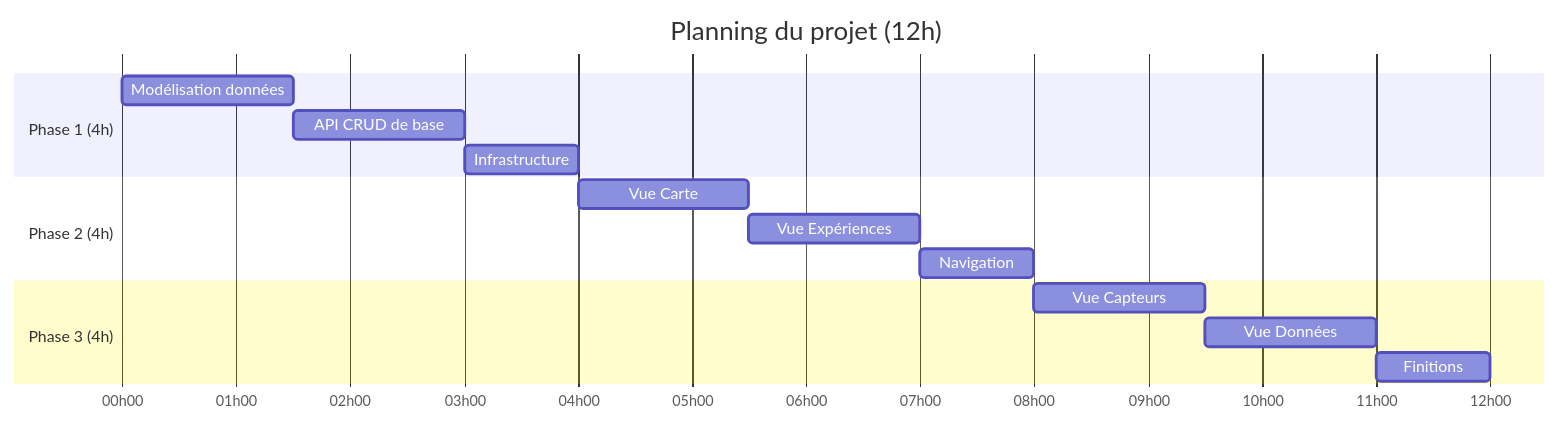
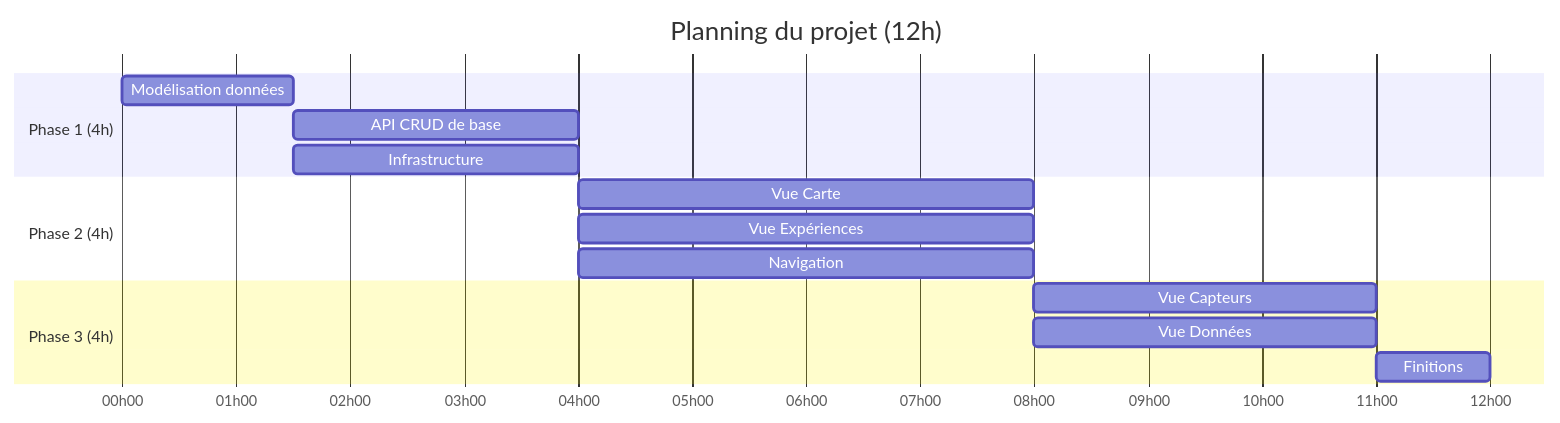
One commit to IUTInfoAix-R510/tp4 changed the first of 2 diagrams in README.md. Above: the diagram before and after it, drawn with Mermaid. The commit also changed other lines of this file and 13 other files, not shown here.

````diff
--- a/README.md
+++ b/README.md
@@ -168,21 +156,21 @@
 ```mermaid
 gantt
     title Planning du projet (12h)
     dateFormat HH:mm
     axisFormat %Hh%M
 
     section Phase 1 (4h)
     Modélisation données     :p1a, 00:00, 90m
-    API CRUD de base         :p1b, after p1a, 90m
-    Infrastructure           :p1c, after p1b, 60m
+    API CRUD de base         :p1b, after p1a, 150m
+    Infrastructure           :p1c, after p1a, 150m
 
     section Phase 2 (4h)
-    Vue Carte               :p2a, after p1c, 90m
-    Vue Expériences         :p2b, after p2a, 90m
-    Navigation              :p2c, after p2b, 60m
+    Vue Carte               :p2a, after p1c, 240m
+    Vue Expériences         :p2b, after p1c, 240m
+    Navigation              :p2c, after p1c, 240m
 
     section Phase 3 (4h)
-    Vue Capteurs            :p3a, after p2c, 90m
-    Vue Données             :p3b, after p3a, 90m
+    Vue Capteurs            :p3a, after p2c, 180m
+    Vue Données             :p3b, after p2c, 180m
     Finitions               :p3c, after p3b, 60m
 ```
````
